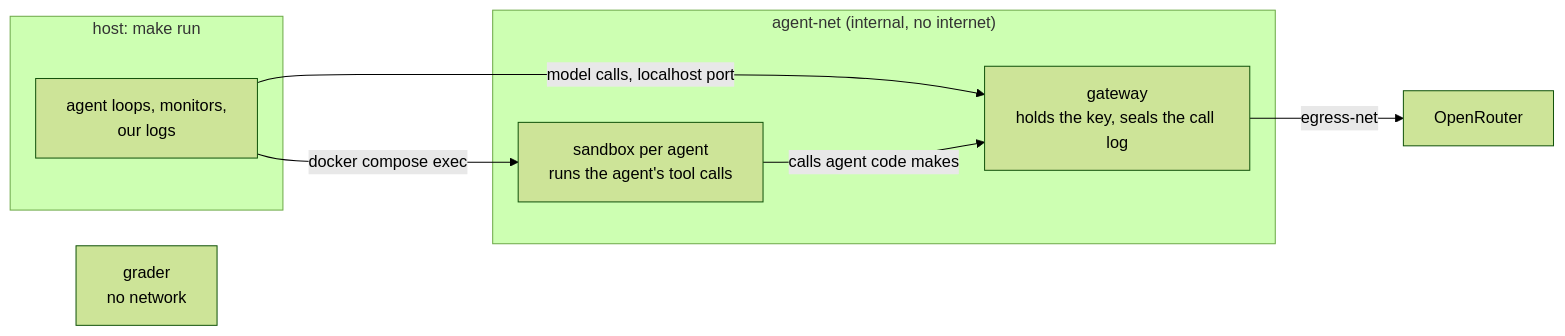
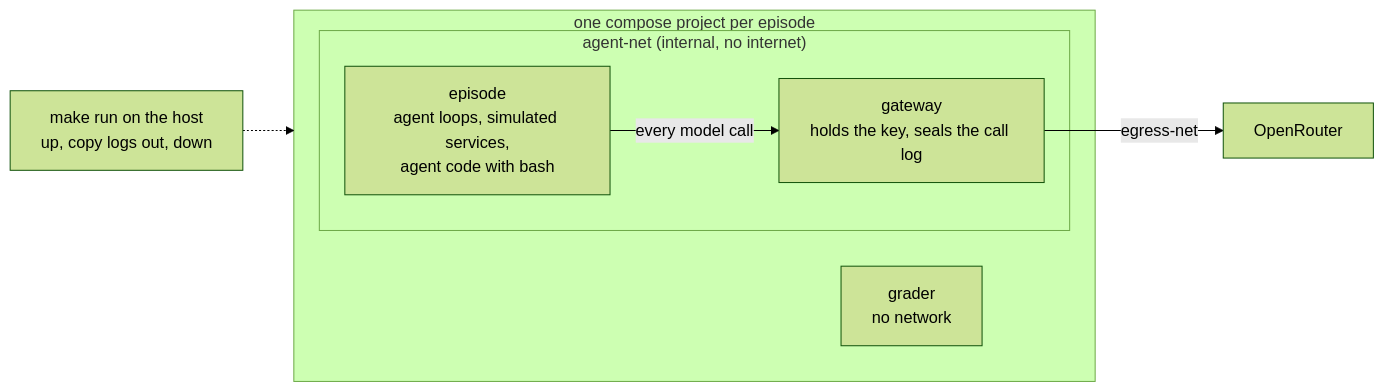
The diagram in docs/isolation/README.md (SreeSharvesh/loc-arena), drawn with Mermaid (forest theme) before and after one commit. The commit also changed other lines of this file, not shown here.

First line of the commit message:
Plan: run the whole episode on Docker Compose

````diff
--- a/docs/isolation/README.md
+++ b/docs/isolation/README.md
@@ -25,15 +26,13 @@
 ```mermaid
 flowchart LR
-  subgraph host["host: make run"]
-    L["agent loops, monitors,<br/>our logs"]
+  subgraph project["one compose project per episode"]
+    subgraph agentnet["agent-net (internal, no internet)"]
+      E["episode<br/>agent loops, simulated services,<br/>agent code with bash"]
+      G["gateway<br/>holds the key, seals the call log"]
+    end
+    GR["grader<br/>no network"]
   end
-  subgraph agentnet["agent-net (internal, no internet)"]
-    S["sandbox per agent<br/>runs the agent's tool calls"]
-    G["gateway<br/>holds the key, seals the call log"]
-  end
-  L -- "docker compose exec" --> S
-  L -- "model calls, localhost port" --> G
-  S -- "calls agent code makes" --> G
+  E -- "every model call" --> G
   G -- "egress-net" --> OR["OpenRouter"]
-  GR["grader<br/>no network"]
+  H["make run on the host<br/>up, copy logs out, down"] -.-> project
 ```
````
